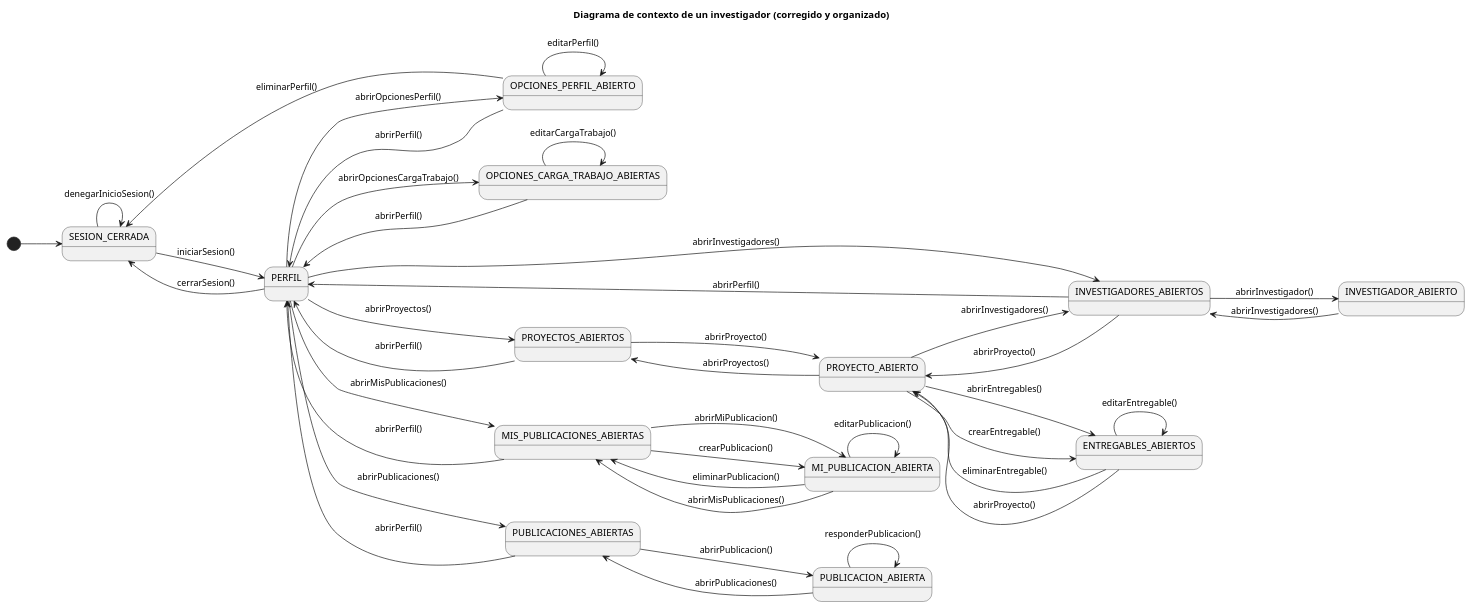
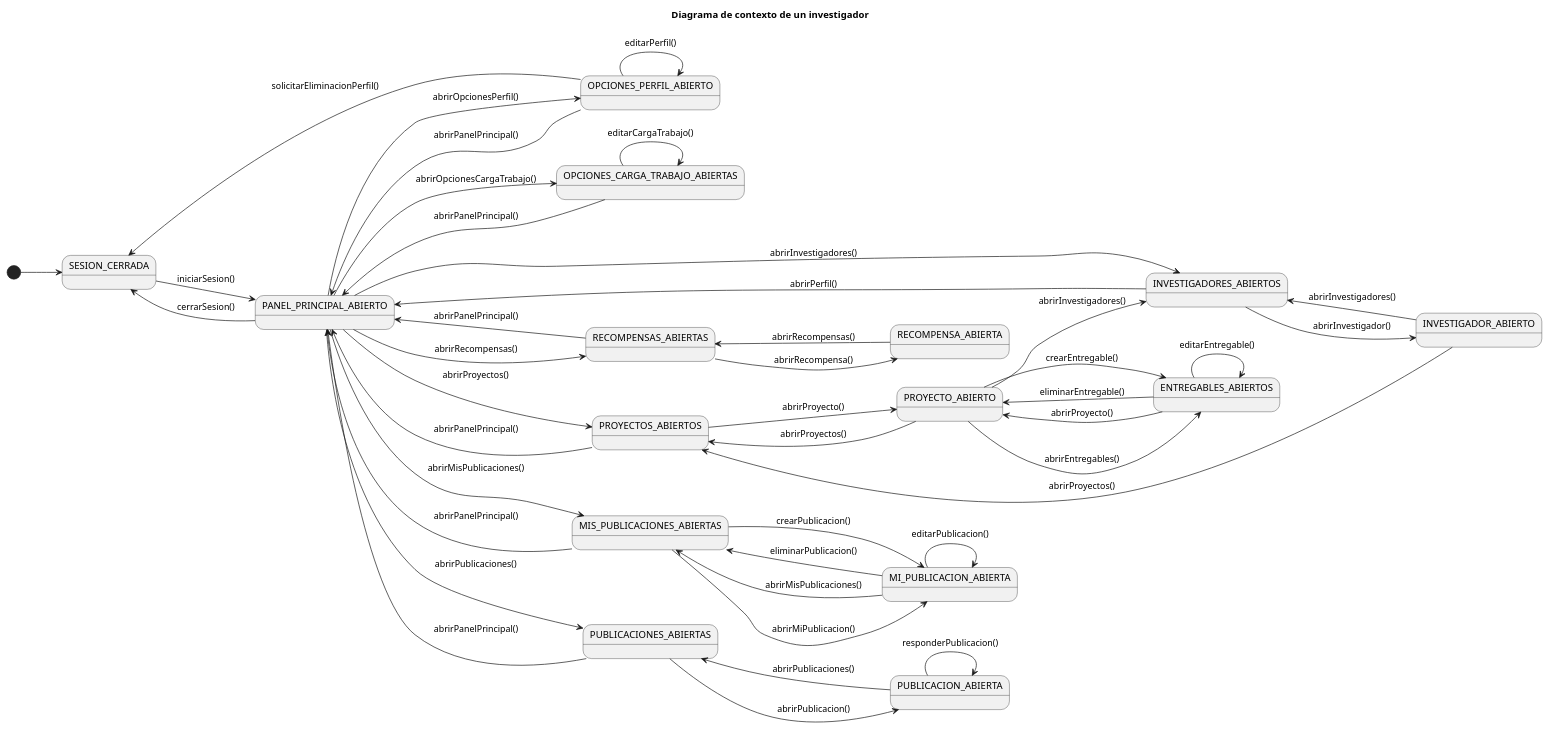
One commit to 31Diego/25-26-IdSw1-SdR changed the diagram in documentación/CasosDeUso/Diagramas/DiagramaContextoInvestigador.puml. Above: the diagram before and after it, drawn with PlantUML. The commit also changed 3 other files, not shown here.

Commit message:
correcciones diagramas contexto

```diff
--- a/documentación/CasosDeUso/Diagramas/DiagramaContextoInvestigador.puml
+++ b/documentación/CasosDeUso/Diagramas/DiagramaContextoInvestigador.puml
@@ -1,63 +1,62 @@
 @startuml DiagramaContextoInvestigador
 
-title Diagrama de contexto de un investigador (corregido y organizado)
+title Diagrama de contexto de un investigador
 
 left to right direction
 
+[*] --> SESION_CERRADA
+SESION_CERRADA --> PANEL_PRINCIPAL_ABIERTO: iniciarSesion()
+PANEL_PRINCIPAL_ABIERTO --> SESION_CERRADA: cerrarSesion()
 
-[*] --> SESION_CERRADA
-SESION_CERRADA --> SESION_CERRADA: denegarInicioSesion()
-SESION_CERRADA --> PERFIL: iniciarSesion()
-PERFIL --> SESION_CERRADA: cerrarSesion()
+PANEL_PRINCIPAL_ABIERTO --> OPCIONES_PERFIL_ABIERTO: abrirOpcionesPerfil()
+PANEL_PRINCIPAL_ABIERTO --> OPCIONES_CARGA_TRABAJO_ABIERTAS: abrirOpcionesCargaTrabajo()
+PANEL_PRINCIPAL_ABIERTO --> PROYECTOS_ABIERTOS: abrirProyectos()
+PANEL_PRINCIPAL_ABIERTO --> INVESTIGADORES_ABIERTOS: abrirInvestigadores()
+PANEL_PRINCIPAL_ABIERTO --> MIS_PUBLICACIONES_ABIERTAS: abrirMisPublicaciones()
+PANEL_PRINCIPAL_ABIERTO --> PUBLICACIONES_ABIERTAS: abrirPublicaciones()
+PANEL_PRINCIPAL_ABIERTO --> RECOMPENSAS_ABIERTAS: abrirRecompensas()
 
 
-PERFIL --> OPCIONES_PERFIL_ABIERTO: abrirOpcionesPerfil()
-PERFIL --> OPCIONES_CARGA_TRABAJO_ABIERTAS: abrirOpcionesCargaTrabajo()
-PERFIL --> PROYECTOS_ABIERTOS: abrirProyectos()
-PERFIL --> INVESTIGADORES_ABIERTOS: abrirInvestigadores()
-PERFIL --> MIS_PUBLICACIONES_ABIERTAS: abrirMisPublicaciones()
-PERFIL --> PUBLICACIONES_ABIERTAS: abrirPublicaciones()
 
 OPCIONES_PERFIL_ABIERTO --> OPCIONES_PERFIL_ABIERTO: editarPerfil()
-OPCIONES_PERFIL_ABIERTO --> SESION_CERRADA: eliminarPerfil()
-OPCIONES_PERFIL_ABIERTO --> PERFIL: abrirPerfil()
+OPCIONES_PERFIL_ABIERTO --> SESION_CERRADA: solicitarEliminacionPerfil()
+OPCIONES_PERFIL_ABIERTO --> PANEL_PRINCIPAL_ABIERTO: abrirPanelPrincipal()
 
 OPCIONES_CARGA_TRABAJO_ABIERTAS --> OPCIONES_CARGA_TRABAJO_ABIERTAS: editarCargaTrabajo()
-OPCIONES_CARGA_TRABAJO_ABIERTAS --> PERFIL: abrirPerfil()
-
+OPCIONES_CARGA_TRABAJO_ABIERTAS --> PANEL_PRINCIPAL_ABIERTO: abrirPanelPrincipal()
 
 PUBLICACIONES_ABIERTAS --> PUBLICACION_ABIERTA: abrirPublicacion()
 PUBLICACION_ABIERTA --> PUBLICACION_ABIERTA: responderPublicacion()
 PUBLICACION_ABIERTA --> PUBLICACIONES_ABIERTAS: abrirPublicaciones()
-PUBLICACIONES_ABIERTAS --> PERFIL: abrirPerfil()
-
+PUBLICACIONES_ABIERTAS --> PANEL_PRINCIPAL_ABIERTO: abrirPanelPrincipal()
 
 MIS_PUBLICACIONES_ABIERTAS --> MI_PUBLICACION_ABIERTA: abrirMiPublicacion()
 MIS_PUBLICACIONES_ABIERTAS --> MI_PUBLICACION_ABIERTA: crearPublicacion()
 MI_PUBLICACION_ABIERTA --> MI_PUBLICACION_ABIERTA: editarPublicacion()
 MI_PUBLICACION_ABIERTA --> MIS_PUBLICACIONES_ABIERTAS: eliminarPublicacion()
-MIS_PUBLICACIONES_ABIERTAS --> PERFIL: abrirPerfil()
+MIS_PUBLICACIONES_ABIERTAS --> PANEL_PRINCIPAL_ABIERTO: abrirPanelPrincipal()
 MI_PUBLICACION_ABIERTA --> MIS_PUBLICACIONES_ABIERTAS: abrirMisPublicaciones()
 
+PROYECTOS_ABIERTOS --> PROYECTO_ABIERTO: abrirProyecto()
+PROYECTOS_ABIERTOS --> PANEL_PRINCIPAL_ABIERTO: abrirPanelPrincipal()
 
-PROYECTOS_ABIERTOS --> PROYECTO_ABIERTO: abrirProyecto()
-PROYECTOS_ABIERTOS --> PERFIL: abrirPerfil()
+RECOMPENSAS_ABIERTAS --> RECOMPENSA_ABIERTA: abrirRecompensa()
+RECOMPENSA_ABIERTA --> RECOMPENSAS_ABIERTAS: abrirRecompensas()
+RECOMPENSAS_ABIERTAS --> PANEL_PRINCIPAL_ABIERTO: abrirPanelPrincipal()
+
 
 PROYECTO_ABIERTO --> ENTREGABLES_ABIERTOS: abrirEntregables()
 PROYECTO_ABIERTO --> ENTREGABLES_ABIERTOS: crearEntregable()
 PROYECTO_ABIERTO --> INVESTIGADORES_ABIERTOS: abrirInvestigadores()
 PROYECTO_ABIERTO --> PROYECTOS_ABIERTOS: abrirProyectos()
 
-
 ENTREGABLES_ABIERTOS --> ENTREGABLES_ABIERTOS: editarEntregable()
 ENTREGABLES_ABIERTOS --> PROYECTO_ABIERTO: eliminarEntregable()
 ENTREGABLES_ABIERTOS --> PROYECTO_ABIERTO: abrirProyecto()
 
-
 INVESTIGADORES_ABIERTOS --> INVESTIGADOR_ABIERTO: abrirInvestigador()
-INVESTIGADORES_ABIERTOS --> PROYECTO_ABIERTO: abrirProyecto()
-INVESTIGADORES_ABIERTOS --> PERFIL: abrirPerfil()
-
+INVESTIGADORES_ABIERTOS --> PANEL_PRINCIPAL_ABIERTO: abrirPerfil()
 INVESTIGADOR_ABIERTO --> INVESTIGADORES_ABIERTOS: abrirInvestigadores()
+INVESTIGADOR_ABIERTO --> PROYECTOS_ABIERTOS: abrirProyectos()
 
 @enduml
```
